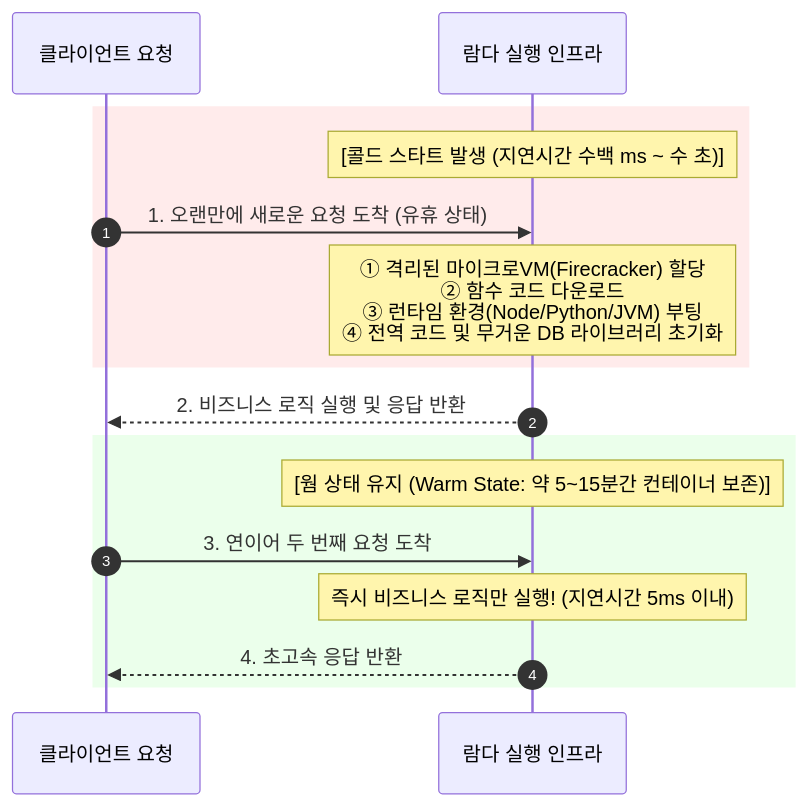
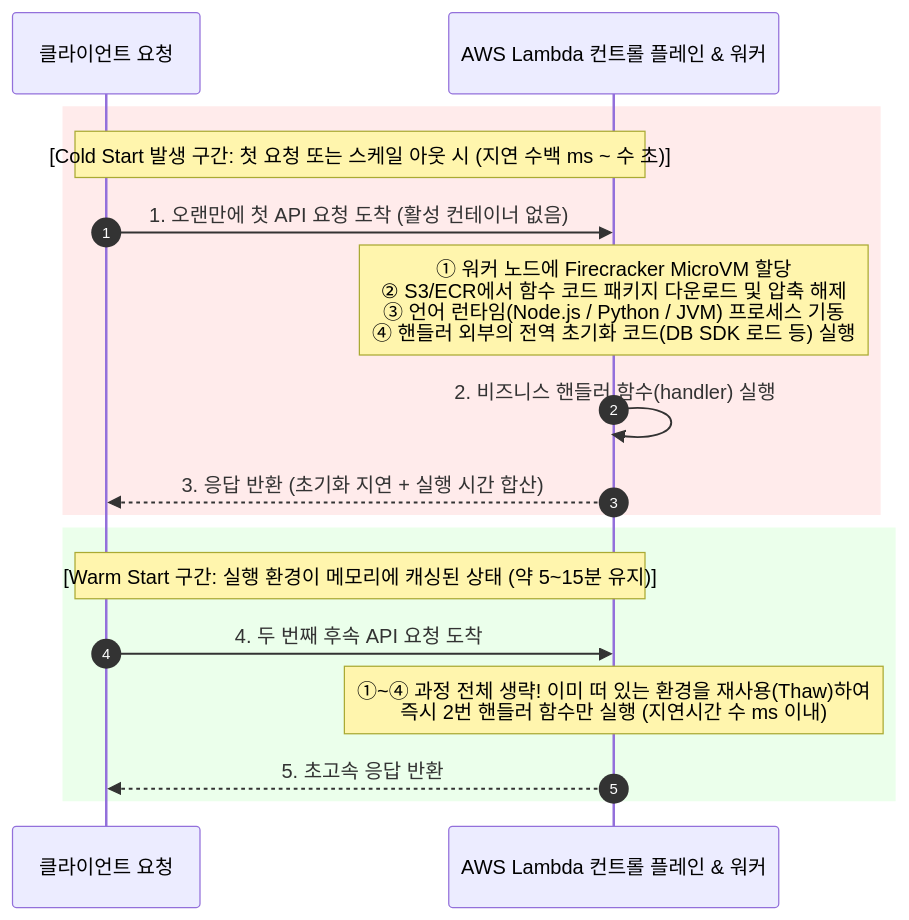
Diagram 11 of 26 in 10_클라우드_빅데이터_인공지능.md (keimania/tech-notes), drawn with Mermaid before and after one commit. The commit also changed other lines of this file and 12 other files, not shown here.

````diff
--- a/10_클라우드_빅데이터_인공지능.md
+++ b/10_클라우드_빅데이터_인공지능.md
@@ -617,21 +728,21 @@
 ```mermaid
 sequenceDiagram
     autonumber
-    participant Request as 클라이언트 요청
-    participant Lambda as 람다 실행 인프라
+    participant Client as 클라이언트 요청
+    participant Lambda as AWS Lambda 컨트롤 플레인 & 워커
 
     rect rgb(255, 235, 235)
-    Note over Lambda: [콜드 스타트 발생 (지연시간 수백 ms ~ 수 초)]
-    Request->>Lambda: 1. 오랜만에 새로운 요청 도착 (유휴 상태)
-    Note over Lambda: ① 격리된 마이크로VM(Firecracker) 할당<br/>② 함수 코드 다운로드<br/>③ 런타임 환경(Node/Python/JVM) 부팅<br/>④ 전역 코드 및 무거운 DB 라이브러리 초기화
+    Note over Client, Lambda: [Cold Start 발생 구간: 첫 요청 또는 스케일 아웃 시 (지연 수백 ms ~ 수 초)]
+    Client->>Lambda: 1. 오랜만에 첫 API 요청 도착 (활성 컨테이너 없음)
+    Note over Lambda: ① 워커 노드에 Firecracker MicroVM 할당<br/>② S3/ECR에서 함수 코드 패키지 다운로드 및 압축 해제<br/>③ 언어 런타임(Node.js / Python / JVM) 프로세스 기동<br/>④ 핸들러 외부의 전역 초기화 코드(DB SDK 로드 등) 실행
+    Lambda->>Lambda: 2. 비즈니스 핸들러 함수(handler) 실행
+    Lambda-->>Client: 3. 응답 반환 (초기화 지연 + 실행 시간 합산)
     end
     
-    Lambda-->>Request: 2. 비즈니스 로직 실행 및 응답 반환
-    
     rect rgb(235, 255, 235)
-    Note over Lambda: [웜 상태 유지 (Warm State: 약 5~15분간 컨테이너 보존)]
-    Request->>Lambda: 3. 연이어 두 번째 요청 도착
-    Note over Lambda: 즉시 비즈니스 로직만 실행! (지연시간 5ms 이내)
-    Lambda-->>Request: 4. 초고속 응답 반환
+    Note over Client, Lambda: [Warm Start 구간: 실행 환경이 메모리에 캐싱된 상태 (약 5~15분 유지)]
+    Client->>Lambda: 4. 두 번째 후속 API 요청 도착
+    Note over Lambda: ①~④ 과정 전체 생략! 이미 떠 있는 환경을 재사용(Thaw)하여<br/>즉시 2번 핸들러 함수만 실행 (지연시간 수 ms 이내)
+    Lambda-->>Client: 5. 초고속 응답 반환
     end
 ```
````
